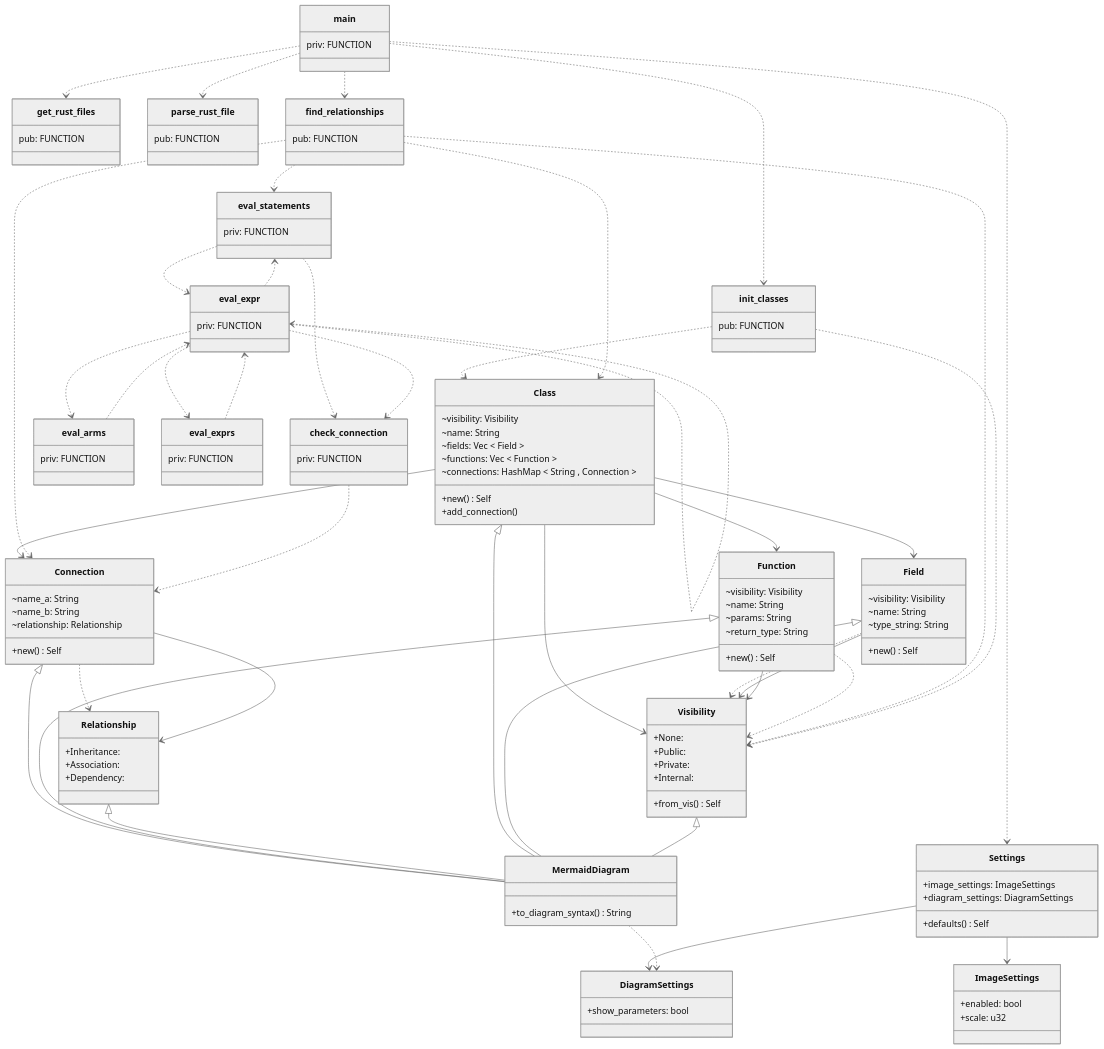
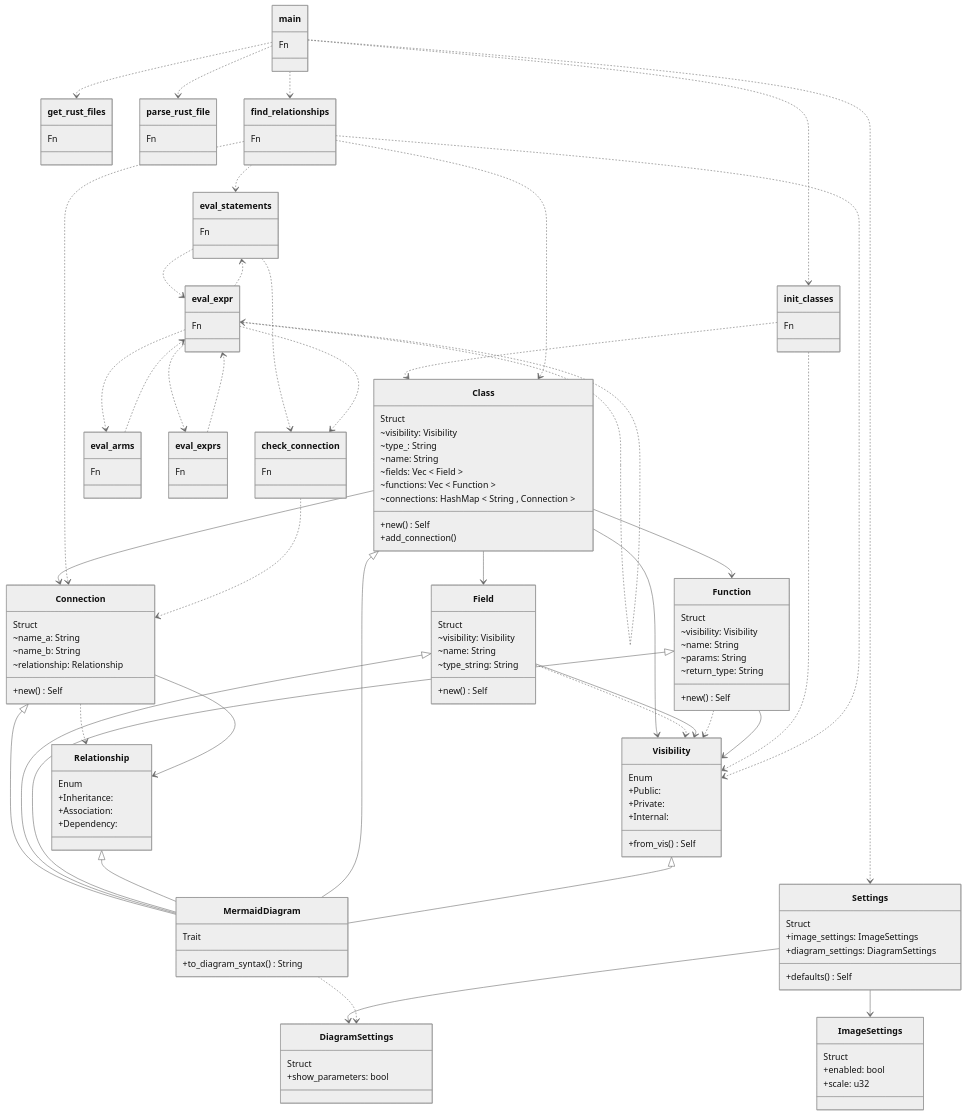
The diagram in diagram.mmd (gusjengis/mermaid-class-diagrams), drawn with Mermaid (neutral theme) before and after one commit. The commit also changed 4 other files, not shown here.

```diff
--- a/diagram.mmd
+++ b/diagram.mmd
@@ -1,165 +1,175 @@
 classDiagram
 
 class init_classes {
-pub: FUNCTION
+Fn
 }
 
 main ..> init_classes
 
 class get_rust_files {
-pub: FUNCTION
+Fn
 }
 
 main ..> get_rust_files
 
 class parse_rust_file {
-pub: FUNCTION
+Fn
 }
 
 main ..> parse_rust_file
 
 class MermaidDiagram {
+Trait
 +to_diagram_syntax() String
 }
 
 Connection <|-- MermaidDiagram
+Field <|-- MermaidDiagram
 Function <|-- MermaidDiagram
 Relationship <|-- MermaidDiagram
 Class <|-- MermaidDiagram
-Field <|-- MermaidDiagram
 Visibility <|-- MermaidDiagram
 
 class find_relationships {
-pub: FUNCTION
+Fn
 }
 
 main ..> find_relationships
 
 class eval_statements {
-priv: FUNCTION
+Fn
 }
 
 eval_expr ..> eval_statements
 find_relationships ..> eval_statements
 
 class eval_arms {
-priv: FUNCTION
+Fn
 }
 
 eval_expr ..> eval_arms
 
 class eval_exprs {
-priv: FUNCTION
+Fn
 }
 
 eval_expr ..> eval_exprs
 
 class eval_expr {
-priv: FUNCTION
+Fn
 }
 
+eval_arms ..> eval_expr
+eval_exprs ..> eval_expr
 eval_expr ..> eval_expr
-eval_exprs ..> eval_expr
 eval_statements ..> eval_expr
-eval_arms ..> eval_expr
 
 class check_connection {
-priv: FUNCTION
+Fn
 }
 
 eval_statements ..> check_connection
 eval_expr ..> check_connection
 
 class Class {
+Struct
 ~visibility: Visibility
+~type_: String
 ~name: String
 ~fields: Vec < Field >
 ~functions: Vec < Function >
 ~connections: HashMap < String , Connection >
 +new() Self
 +add_connection() 
 }
 
-Class --> Function
-Class --> Visibility
 Class --> Field
 init_classes ..> Class
+Class --> Visibility
+Class --> Function
+find_relationships ..> Class
 Class --> Connection
-find_relationships ..> Class
 
 class Field {
+Struct
 ~visibility: Visibility
 ~name: String
 ~type_string: String
 +new() Self
 }
 
 Field ..> Visibility
 Field --> Visibility
 
 class Function {
+Struct
 ~visibility: Visibility
 ~name: String
 ~params: String
 ~return_type: String
 +new() Self
 }
 
+Function ..> Visibility
 Function --> Visibility
-Function ..> Visibility
 
 class Connection {
+Struct
 ~name_a: String
 ~name_b: String
 ~relationship: Relationship
 +new() Self
 }
 
+Connection ..> Relationship
 find_relationships ..> Connection
-Connection ..> Relationship
 check_connection ..> Connection
 Connection --> Relationship
 
 class Relationship {
+Enum
 +Inheritance: 
 +Association: 
 +Dependency: 
 }
 
 
 class Visibility {
-+None: 
+Enum
 +Public: 
 +Private: 
 +Internal: 
 +from_vis() Self
 }
 
+init_classes ..> Visibility
 find_relationships ..> Visibility
-init_classes ..> Visibility
 
 class Settings {
+Struct
 +image_settings: ImageSettings
 +diagram_settings: DiagramSettings
 +defaults() Self
 }
 
+main ..> Settings
 Settings --> ImageSettings
 Settings --> DiagramSettings
-main ..> Settings
 
 class ImageSettings {
+Struct
 +enabled: bool
 +scale: u32
 }
 
 
 class DiagramSettings {
+Struct
 +show_parameters: bool
 }
 
 MermaidDiagram ..> DiagramSettings
 
 class main {
-priv: FUNCTION
+Fn
 }
```
